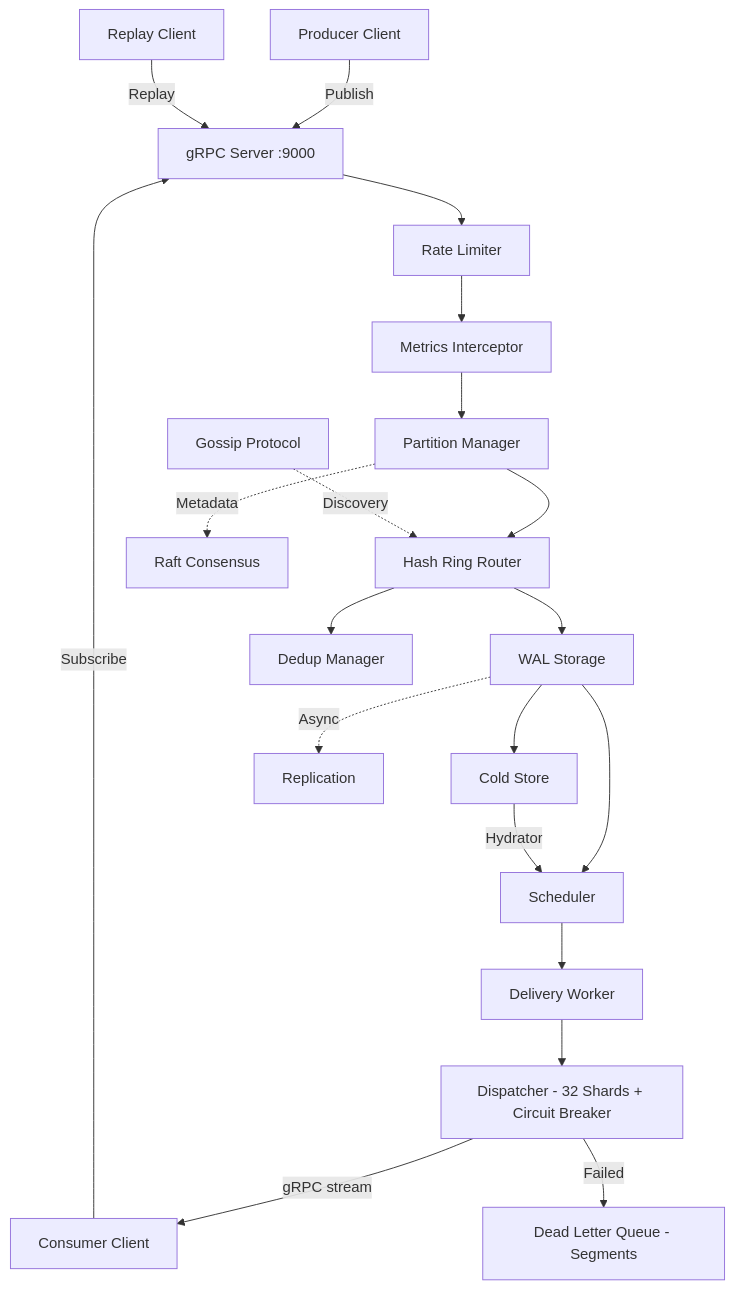
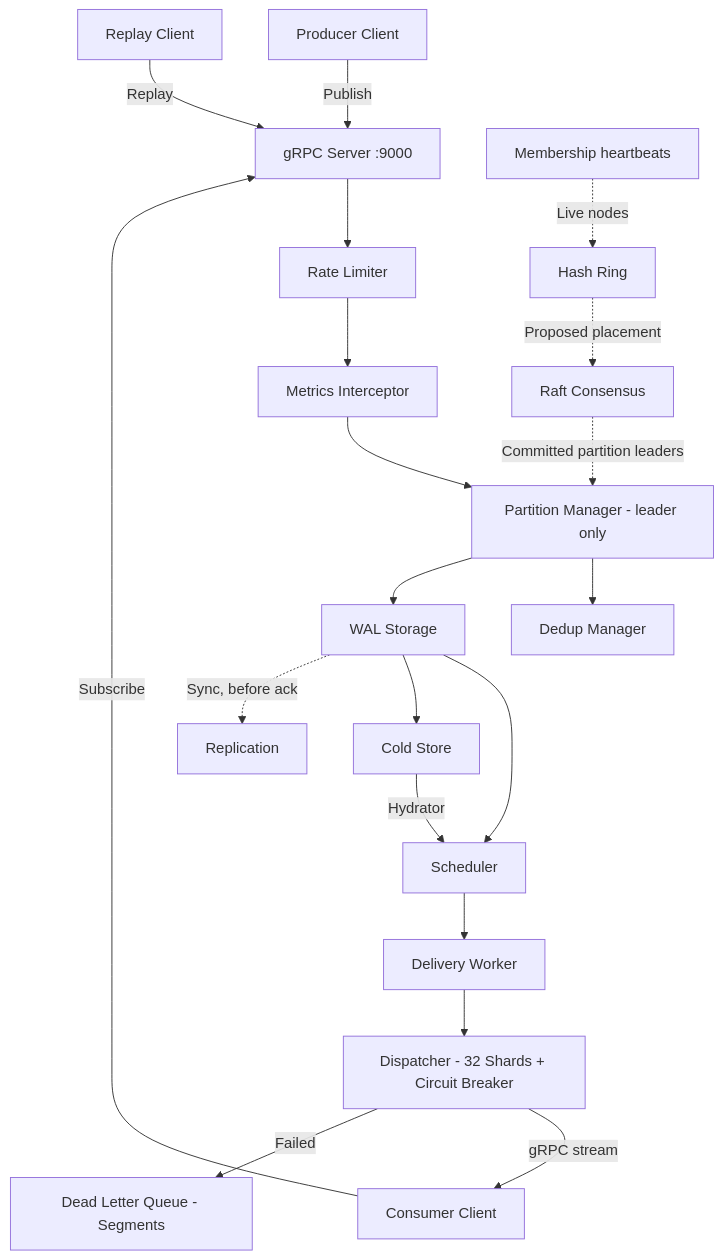
One commit to jatin711-debug/cronos_db_golang changed the second of 47 diagrams in ARCHITECTURE.md. Above: the diagram before and after it, drawn with Mermaid. The commit also changed other lines of this file and 31 other files, not shown here.

````diff
--- a/ARCHITECTURE.md
+++ b/ARCHITECTURE.md
@@ -114,25 +120,25 @@
 ```mermaid
 graph TB
     C1[Producer Client] -->|Publish| GW
     C2[Consumer Client] -->|Subscribe| GW
     C3[Replay Client] -->|Replay| GW
 
     GW[gRPC Server :9000] --> RL[Rate Limiter]
     RL --> MT[Metrics Interceptor]
-    MT --> PM[Partition Manager]
-    PM --> HR[Hash Ring Router]
+    MT --> PM[Partition Manager - leader only]
 
-    HR --> WAL[WAL Storage]
-    HR --> DD[Dedup Manager]
+    PM --> DD[Dedup Manager]
+    PM --> WAL[WAL Storage]
     WAL --> SCH[Scheduler]
     WAL --> CS[Cold Store]
     CS -->|Hydrator| SCH
     SCH --> WRK[Delivery Worker]
     WRK --> DSP[Dispatcher - 32 Shards + Circuit Breaker]
     DSP -->|gRPC stream| C2
     DSP -->|Failed| DLQ[Dead Letter Queue - Segments]
 
-    WAL -.->|Async| REPL[Replication]
-    PM -.->|Metadata| RAFT[Raft Consensus]
-    GOSSIP[Gossip Protocol] -.->|Discovery| HR
+    WAL -.->|Sync, before ack| REPL[Replication]
+    GOSSIP[Membership heartbeats] -.->|Live nodes| HR[Hash Ring]
+    HR -.->|Proposed placement| RAFT[Raft Consensus]
+    RAFT -.->|Committed partition leaders| PM
 ```
````
